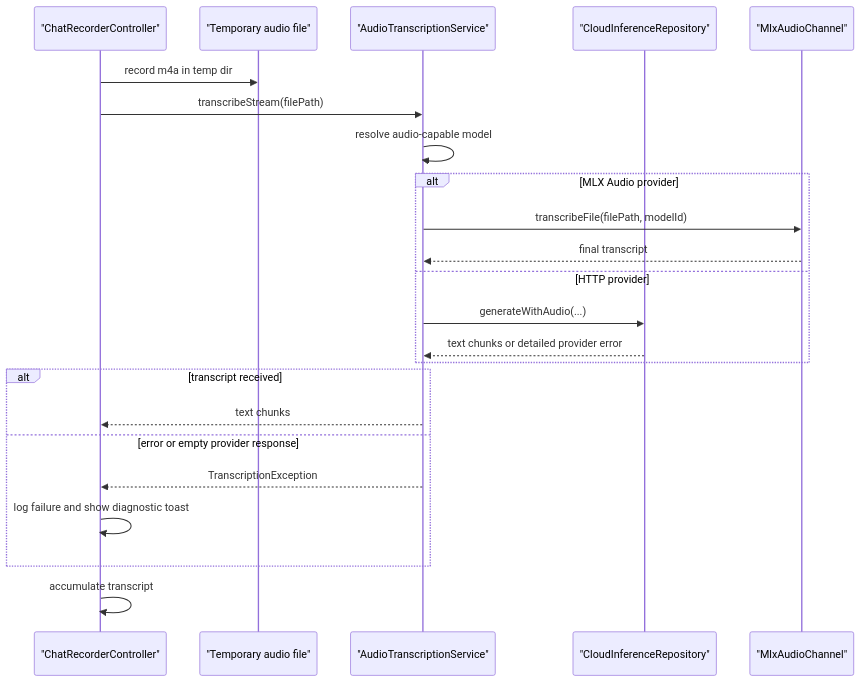
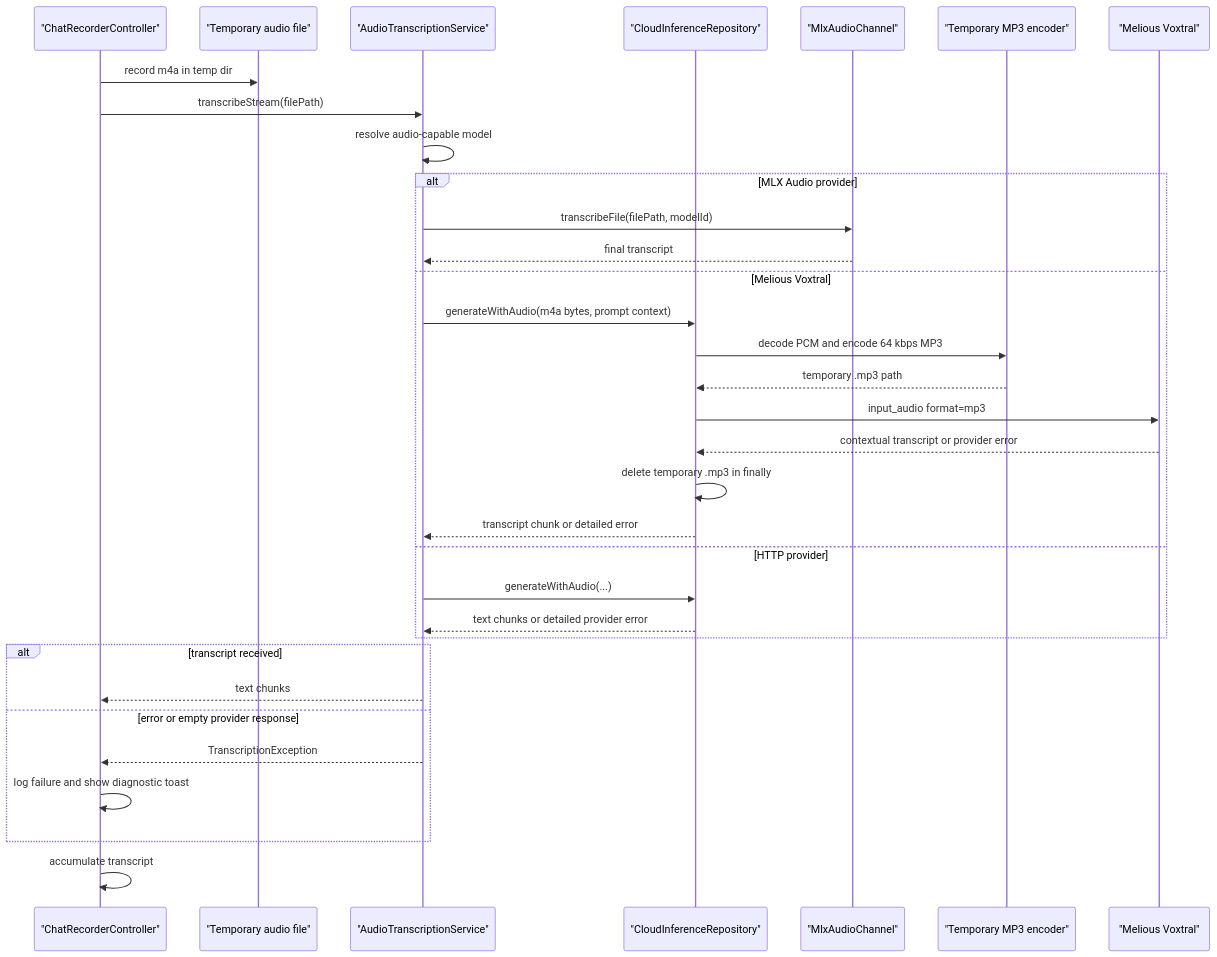
The fifth of 6 diagrams in lib/features/ai_chat/README.md (matthiasn/lotti), drawn with Mermaid before and after one commit. The commit also changed other lines of this file and 20 other files, not shown here.

Commit message:
fix: send temporary MP3 to Voxtral (#3461)

````diff
--- a/lib/features/ai_chat/README.md
+++ b/lib/features/ai_chat/README.md
@@ -304,26 +305,36 @@
 ```mermaid
 sequenceDiagram
   participant UI as "ChatRecorderController"
   participant File as "Temporary audio file"
   participant Batch as "AudioTranscriptionService"
   participant Cloud as "CloudInferenceRepository"
   participant MLX as "MlxAudioChannel"
+  participant LAME as "Temporary MP3 encoder"
+  participant Melious as "Melious Voxtral"
 
   UI->>File: record m4a in temp dir
   UI->>Batch: transcribeStream(filePath)
   Batch->>Batch: resolve audio-capable model
   alt MLX Audio provider
     Batch->>MLX: transcribeFile(filePath, modelId)
     MLX-->>Batch: final transcript
+  else Melious Voxtral
+    Batch->>Cloud: generateWithAudio(m4a bytes, prompt context)
+    Cloud->>LAME: decode PCM and encode 64 kbps MP3
+    LAME-->>Cloud: temporary .mp3 path
+    Cloud->>Melious: input_audio format=mp3
+    Melious-->>Cloud: contextual transcript or provider error
+    Cloud->>Cloud: delete temporary .mp3 in finally
+    Cloud-->>Batch: transcript chunk or detailed error
   else HTTP provider
     Batch->>Cloud: generateWithAudio(...)
     Cloud-->>Batch: text chunks or detailed provider error
   end
   alt transcript received
     Batch-->>UI: text chunks
   else error or empty provider response
     Batch-->>UI: TranscriptionException
     UI->>UI: log failure and show diagnostic toast
   end
   UI->>UI: accumulate transcript
 ```
````
